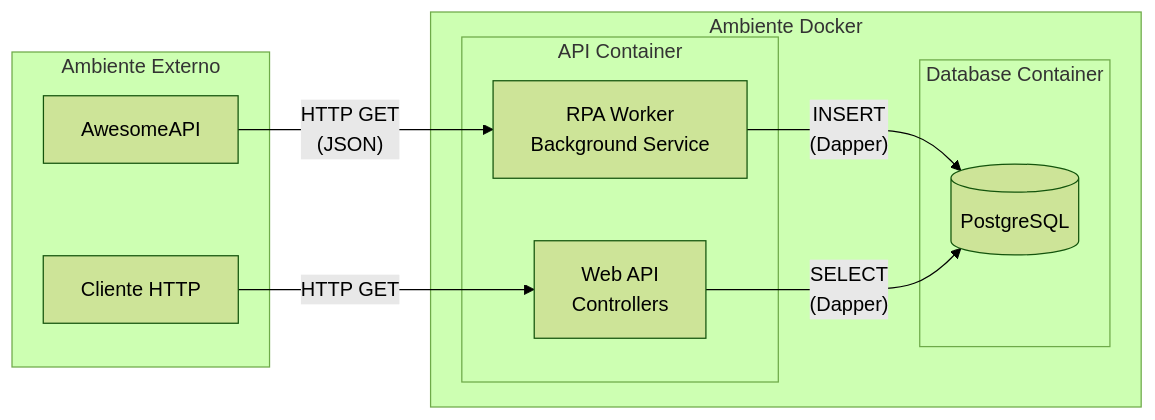
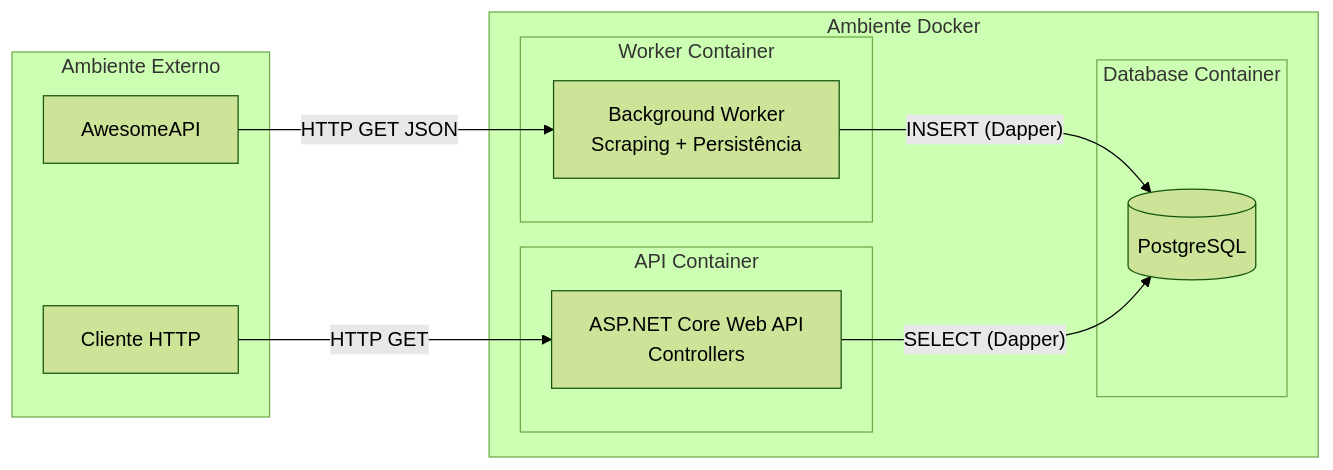
The first of 2 diagrams in README.md (FeJoestar18/Technical-Challenge), drawn with Mermaid (forest theme) before and after one commit. The commit also changed other lines of this file and 5 other files, not shown here.

````diff
--- a/README.md
+++ b/README.md
@@ -65,23 +71,26 @@
 ```mermaid
 flowchart LR
     subgraph Externo [Ambiente Externo]
         API_Ext[AwesomeAPI]
         Client[Cliente HTTP]
     end
 
     subgraph Docker [Ambiente Docker]
-        subgraph AppContainer [API Container]
-            Worker["RPA Worker<br>Background Service"]
-            WebAPI["Web API<br>Controllers"]
+        subgraph WorkerContainer [Worker Container]
+            Worker["Background Worker<br>Scraping + Persistência"]
+        end
+
+        subgraph ApiContainer [API Container]
+            WebAPI["ASP.NET Core Web API<br>Controllers"]
         end
 
         subgraph DBContainer [Database Container]
             DB[(PostgreSQL)]
         end
     end
 
-    API_Ext -- "HTTP GET<br>(JSON)" --> Worker
-    Worker -- "INSERT<br>(Dapper)" --> DB
+    API_Ext -- "HTTP GET JSON" --> Worker
+    Worker -- "INSERT (Dapper)" --> DB
     Client -- "HTTP GET" --> WebAPI
-    WebAPI -- "SELECT<br>(Dapper)" --> DB
+    WebAPI -- "SELECT (Dapper)" --> DB
 ```
````
